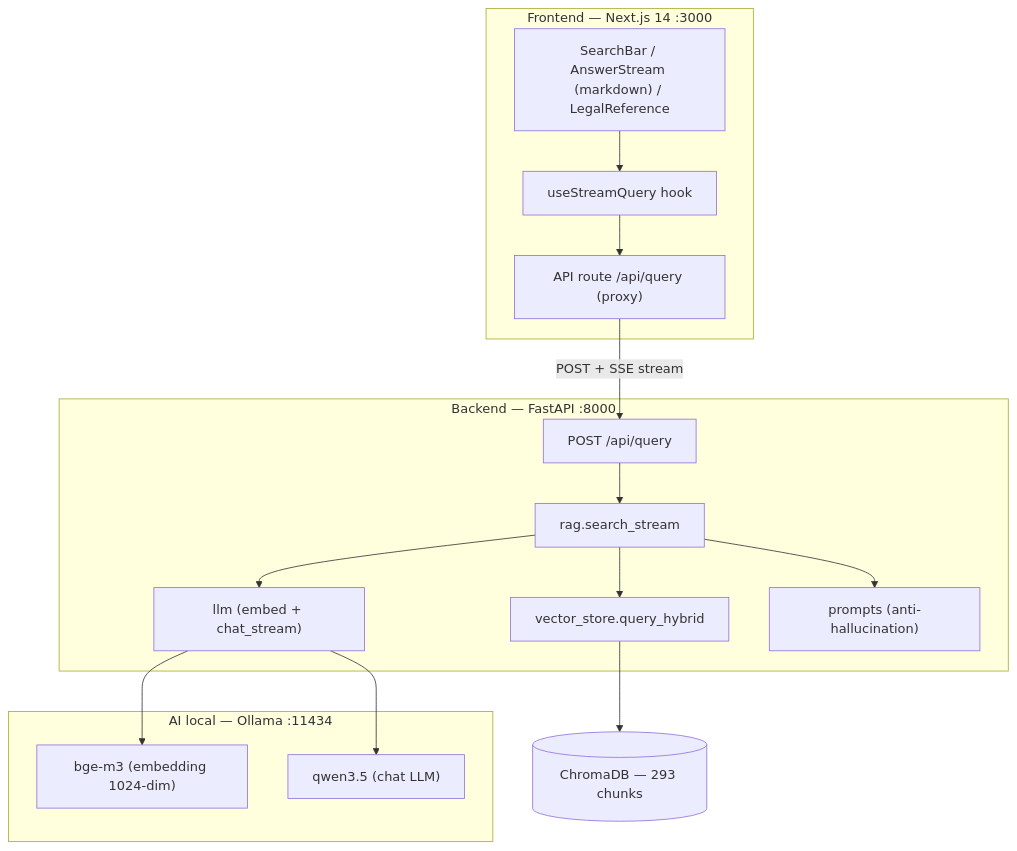
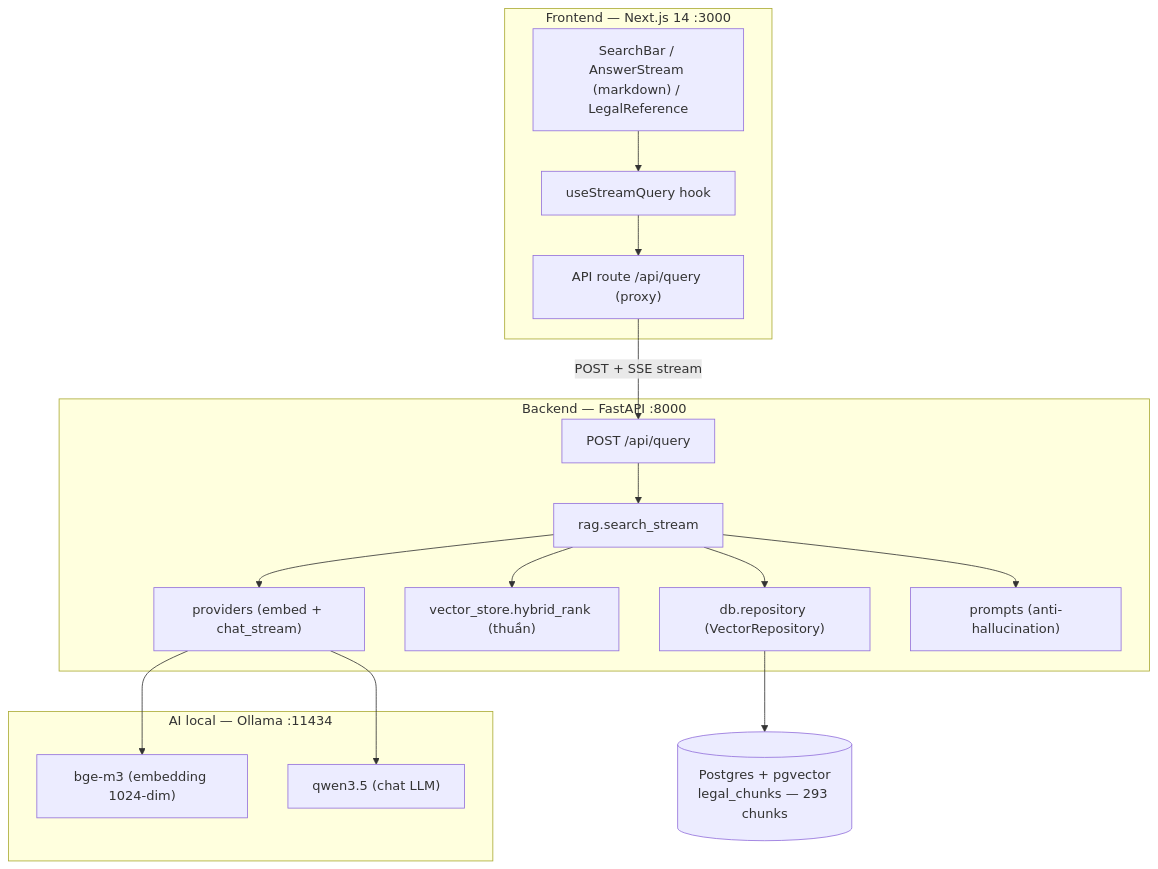
Before and after one commit to hoanghainh1188/vn-legal-ai-assistant: the first of 5 diagrams in docs/architecture.md, drawn with Mermaid. The commit also changed other lines of this file and 31 other files, not shown here.

First line of the commit message:
feat(003): migrate kho vector ChromaDB → Postgres + pgvector (Pha 1)

````diff
--- a/docs/architecture.md
+++ b/docs/architecture.md
@@ -23,33 +23,35 @@
 ```mermaid
 graph TB
     subgraph Client["Frontend — Next.js 14 :3000"]
         UI["SearchBar / AnswerStream (markdown) / LegalReference"]
         Hook["useStreamQuery hook"]
         Proxy["API route /api/query (proxy)"]
         UI --> Hook --> Proxy
     end
 
     subgraph Server["Backend — FastAPI :8000"]
         Router["POST /api/query"]
         RAG["rag.search_stream"]
-        VS["vector_store.query_hybrid"]
-        LLM["llm (embed + chat_stream)"]
+        Repo["db.repository (VectorRepository)"]
+        VS["vector_store.hybrid_rank (thuần)"]
+        LLM["providers (embed + chat_stream)"]
         Prompt["prompts (anti-hallucination)"]
         Router --> RAG
+        RAG --> Repo
         RAG --> VS
         RAG --> Prompt
         RAG --> LLM
     end
 
     subgraph AI["AI local — Ollama :11434"]
         BGE["bge-m3 (embedding 1024-dim)"]
         QWEN["qwen3.5 (chat LLM)"]
     end
 
-    Chroma[("ChromaDB — 293 chunks")]
+    PG[("Postgres + pgvector<br/>legal_chunks — 293 chunks")]
 
     Proxy -->|"POST + SSE stream"| Router
-    VS --> Chroma
+    Repo --> PG
     LLM --> BGE
     LLM --> QWEN
 ```
````
